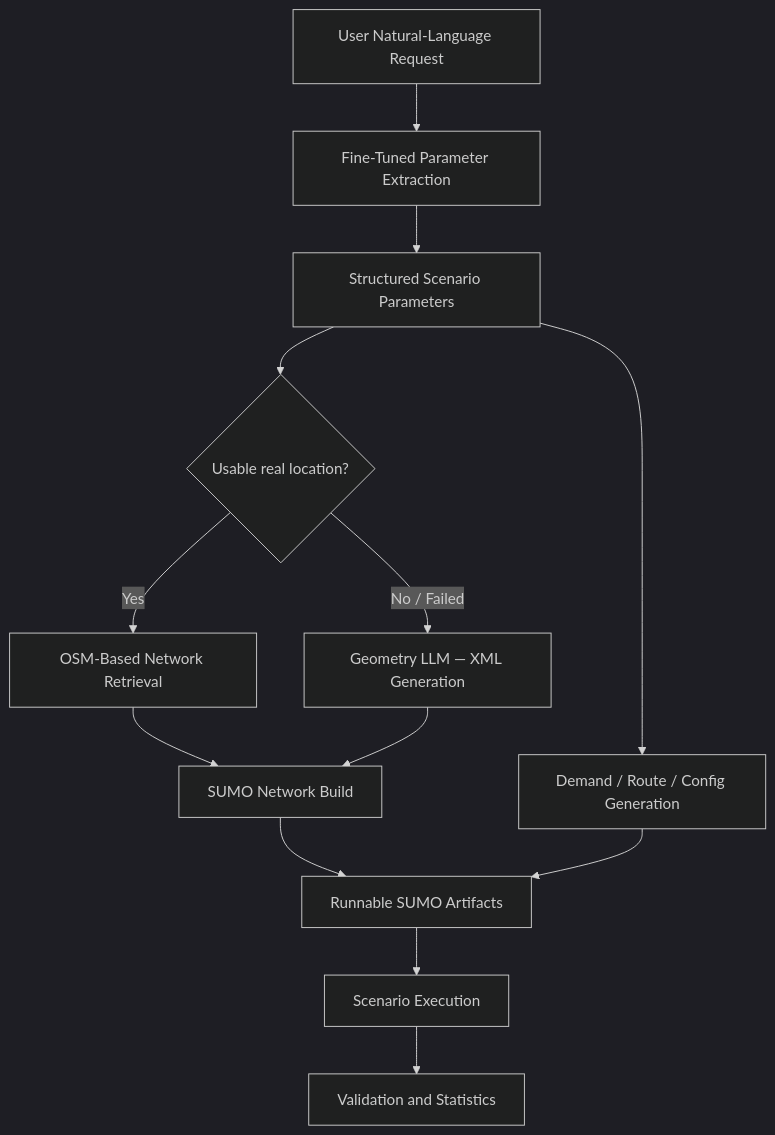
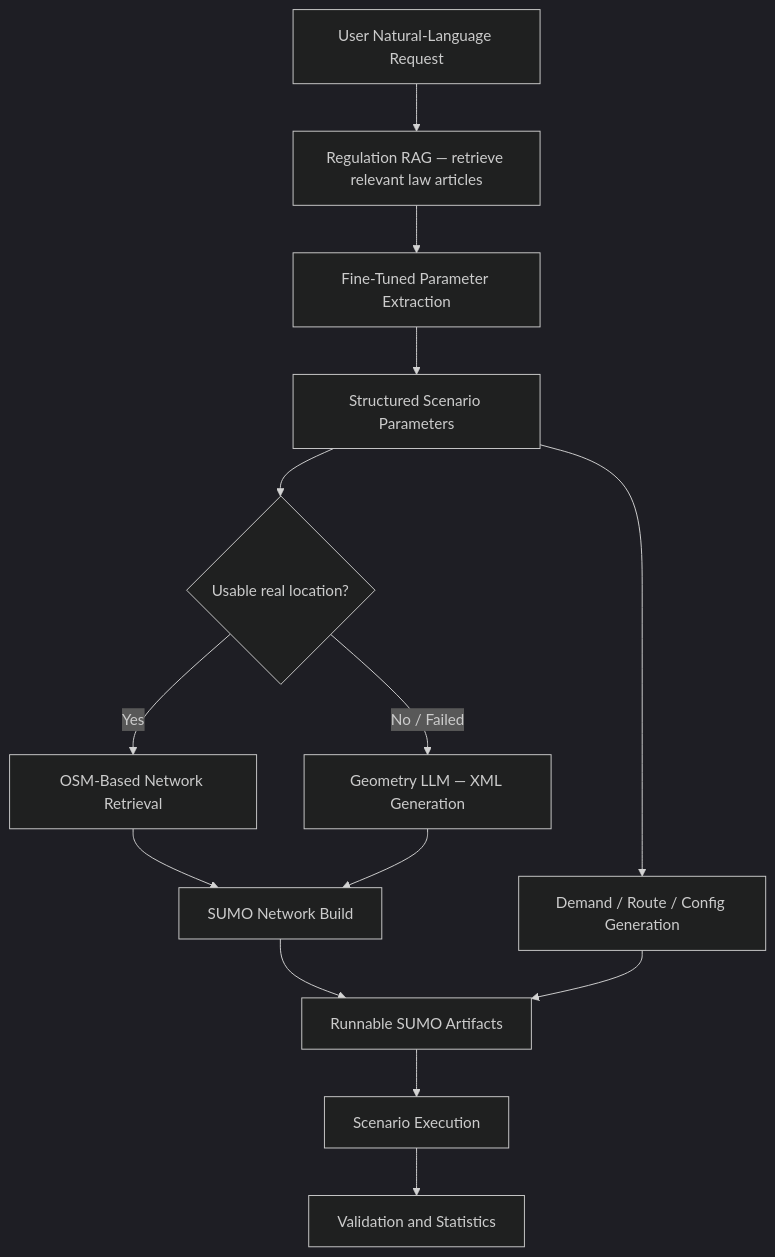
The second of 8 diagrams in README.md (sewon-p/sumo-traffic-agent), drawn with Mermaid (dark theme) before and after one commit. The commit also changed other lines of this file, not shown here.

Commit message:
Add Regulation RAG section to README with mermaid diagrams and comparison table

````diff
--- a/README.md
+++ b/README.md
@@ -135,15 +139,16 @@
 ```mermaid
 flowchart TD
-    A[User Natural-Language Request] --> B[Fine-Tuned Parameter Extraction]
+    A[User Natural-Language Request] --> R[Regulation RAG — retrieve relevant law articles]
+    R --> B[Fine-Tuned Parameter Extraction]
     B --> C[Structured Scenario Parameters]
     C --> D{Usable real location?}
     D -- Yes --> E[OSM-Based Network Retrieval]
     D -- No / Failed --> F[Geometry LLM — XML Generation]
     E --> G[SUMO Network Build]
     F --> G
     C --> H[Demand / Route / Config Generation]
     G --> I[Runnable SUMO Artifacts]
     H --> I
     I --> J[Scenario Execution]
     J --> K[Validation and Statistics]
 ```
````
